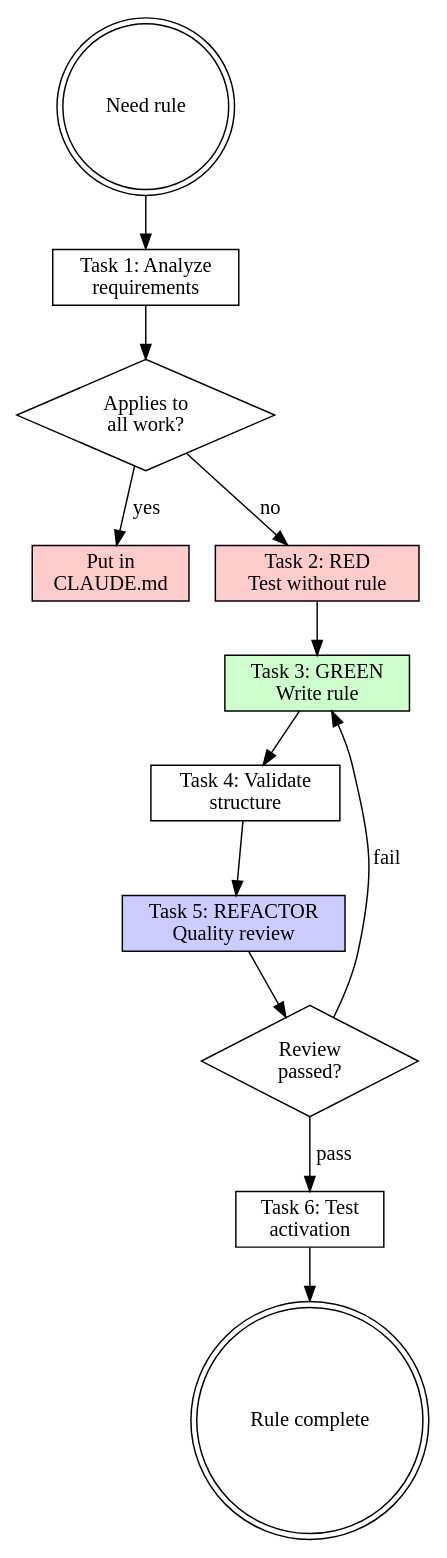
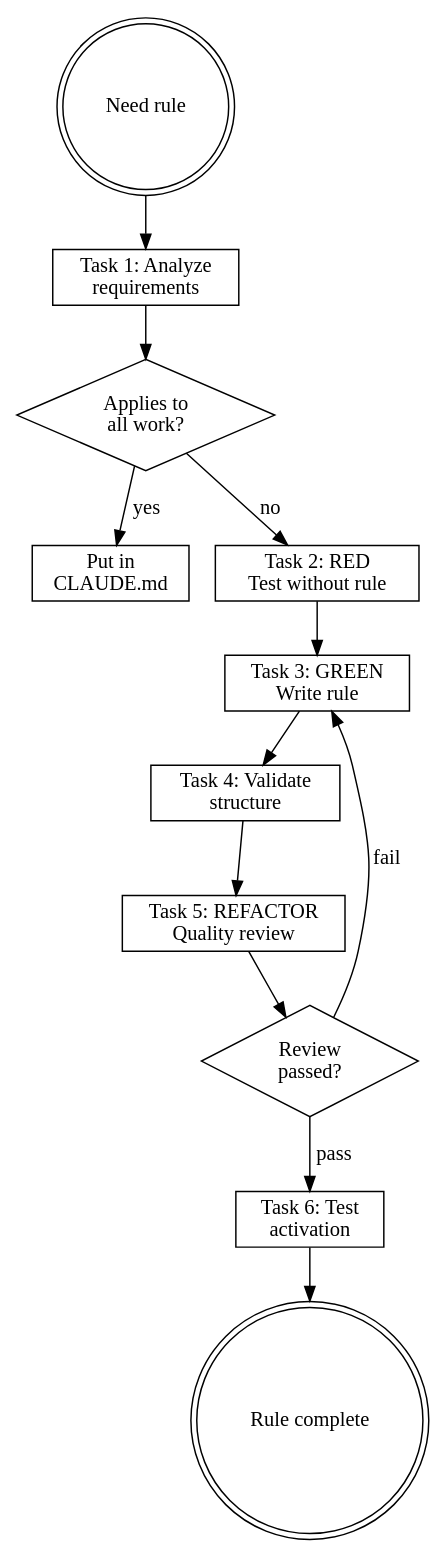
The second of 2 diagrams in plugins/rcc/skills/writing-rules/SKILL.md (wayne930242/Reflexive-Claude-Code), drawn with Graphviz before and after one commit. The commit also changed other lines of this file and 16 other files, not shown here.

````diff
--- a/plugins/rcc/skills/writing-rules/SKILL.md
+++ b/plugins/rcc/skills/writing-rules/SKILL.md
@@ -290,29 +291,29 @@
 ```dot
 digraph rule_creation {
     rankdir=TB;
 
     start [label="Need rule", shape=doublecircle];
     analyze [label="Task 1: Analyze\nrequirements", shape=box];
     is_broad [label="Applies to\nall work?", shape=diamond];
-    use_claudemd [label="Put in\nCLAUDE.md", shape=box, style=filled, fillcolor="#ffcccc"];
-    baseline [label="Task 2: RED\nTest without rule", shape=box, style=filled, fillcolor="#ffcccc"];
-    write [label="Task 3: GREEN\nWrite rule", shape=box, style=filled, fillcolor="#ccffcc"];
+    use_claudemd [label="Put in\nCLAUDE.md", shape=box];
+    baseline [label="Task 2: RED\nTest without rule", shape=box];
+    write [label="Task 3: GREEN\nWrite rule", shape=box];
     validate [label="Task 4: Validate\nstructure", shape=box];
-    review [label="Task 5: REFACTOR\nQuality review", shape=box, style=filled, fillcolor="#ccccff"];
+    review [label="Task 5: REFACTOR\nQuality review", shape=box];
     review_pass [label="Review\npassed?", shape=diamond];
     test [label="Task 6: Test\nactivation", shape=box];
     done [label="Rule complete", shape=doublecircle];
 
     start -> analyze;
     analyze -> is_broad;
     is_broad -> use_claudemd [label="yes"];
     is_broad -> baseline [label="no"];
     baseline -> write;
     write -> validate;
     validate -> review;
     review -> review_pass;
     review_pass -> test [label="pass"];
     review_pass -> write [label="fail"];
     test -> done;
 }
 ```
````
